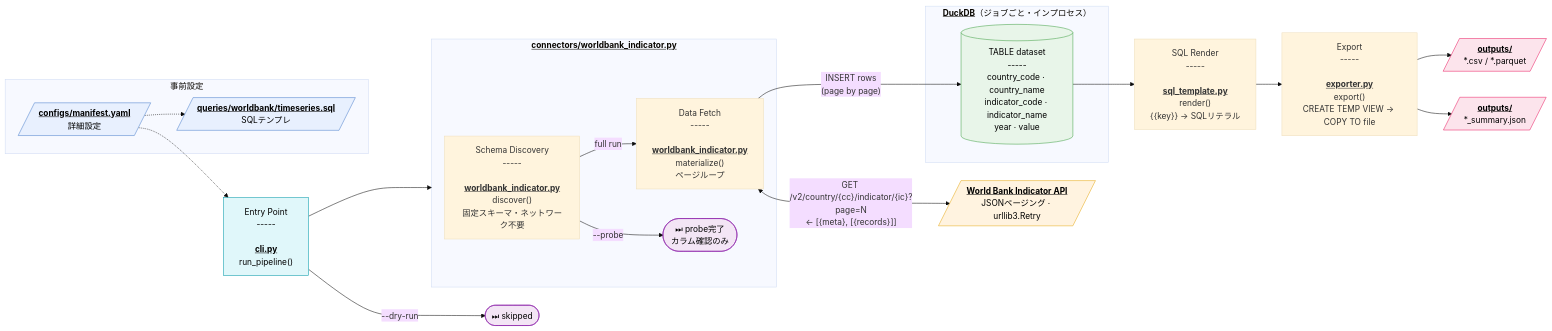
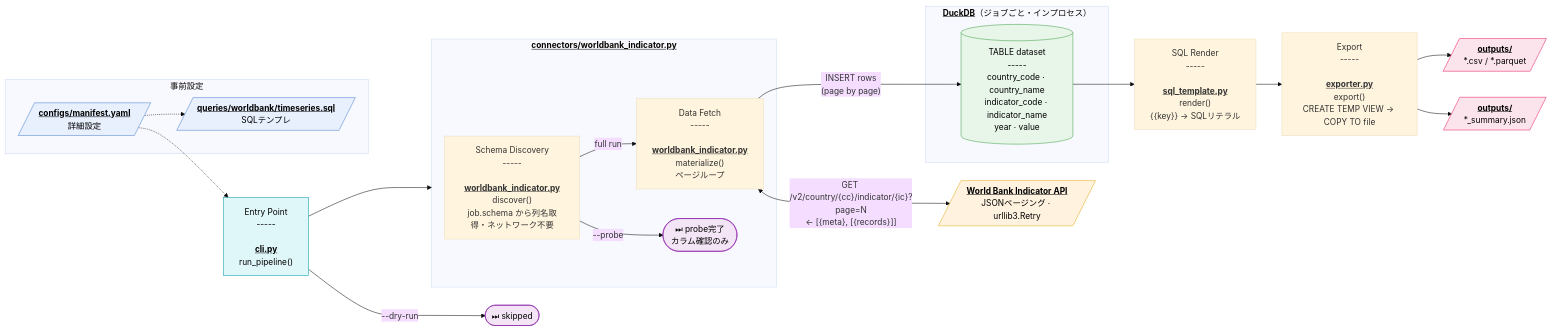
Before and after one commit to azu-azu/api-bulk-downloader: the diagram in README.md, drawn with Mermaid (base theme). The commit also changed other lines of this file, not shown here.

First line of the commit message:
Document schema files and dynamic table creation

````diff
--- a/README.md
+++ b/README.md
@@ -136,55 +165,55 @@
 ```mermaid
 flowchart LR
     CLI["Entry Point<br>-----<br><br><u><b>cli.py</b></u><br>run_pipeline()"]
 
     %% inputs (auxiliary)
     subgraph PRE ["事前設定"]
         MANIFEST[/"<u><b>configs/manifest.yaml</b></u><br>詳細設定"/]
         SQL_FILE[/"<u><b>queries/worldbank/timeseries.sql</b></u><br>SQLテンプレ"/]
     end
     %% auxiliary (dashed) to show "inputs"
     MANIFEST -.-> CLI
     MANIFEST -.-> SQL_FILE
 
 
     %% runtime flow
     CLI -->|"--dry-run"| SKIP(["⏭ skipped"])
     CLI --> CONN
 
     subgraph CONN ["<u><b>connectors/worldbank_indicator.py</b></u>"]
-        DISC["Schema Discovery<br>-----<br><br><u><b>worldbank_indicator.py</b></u><br>discover()<br>固定スキーマ・ネットワーク不要"]
+        DISC["Schema Discovery<br>-----<br><br><u><b>worldbank_indicator.py</b></u><br>discover()<br>job.schema から列名取得・ネットワーク不要"]
         MAT["Data Fetch<br>-----<br><br><u><b>worldbank_indicator.py</b></u><br>materialize()<br>ページループ"]
         DISC -->|"--probe"| PROBED(["⏭ probe完了<br>カラム確認のみ"])
         DISC -->|full run| MAT
     end
 
     MAT <-->|"GET /v2/country/{cc}/indicator/{ic}?page=N<br>← [{meta}, [{records}]]"| WB[/"<u><b>World Bank Indicator API</b></u><br>JSONページング · urllib3.Retry"/]
 
     MAT -->|"INSERT rows<br>(page by page)"| DS
 
     subgraph DUCK ["<u><b>DuckDB</b></u>（ジョブごと・インプロセス）"]
         DS[("TABLE dataset<br>-----<br>country_code · country_name<br>indicator_code · indicator_name<br>year · value")]
     end
 
     %% SQL render
     DS --> RENDER["SQL Render<br>-----<br><br><u><b>sql_template.py</b></u><br>render()<br>{{key}} → SQLリテラル"]
     RENDER --> EXPORT["Export<br>-----<br><br><u><b>exporter.py</b></u><br>export()<br>CREATE TEMP VIEW → COPY TO file"]
 
     %% outputs
     EXPORT --> OUT_DATA[/"<u><b>outputs/</b></u><br>*.csv / *.parquet"/]
     EXPORT --> OUT_SUM[/"<u><b>outputs/</b></u><br>*_summary.json"/]
 
     classDef entry   fill:#e0f7fa,stroke:#0097a7, color:#000
     classDef file    fill:#e8f0fe,stroke:#4a7fcb, color:#000
     classDef ext     fill:#fff3e0,stroke:#e6a817, color:#000
     classDef db      fill:#e8f5e9,stroke:#43a047, color:#000
     classDef term    fill:#f3e5f5,stroke:#8e24aa, color:#000
     classDef out     fill:#fce4ec,stroke:#e91e63, color:#000
 
     class CLI entry
     class MANIFEST,SQL_FILE file
     class WB ext
     class DS db
     class SKIP,PROBED term
     class OUT_DATA,OUT_SUM out
 ```
````
